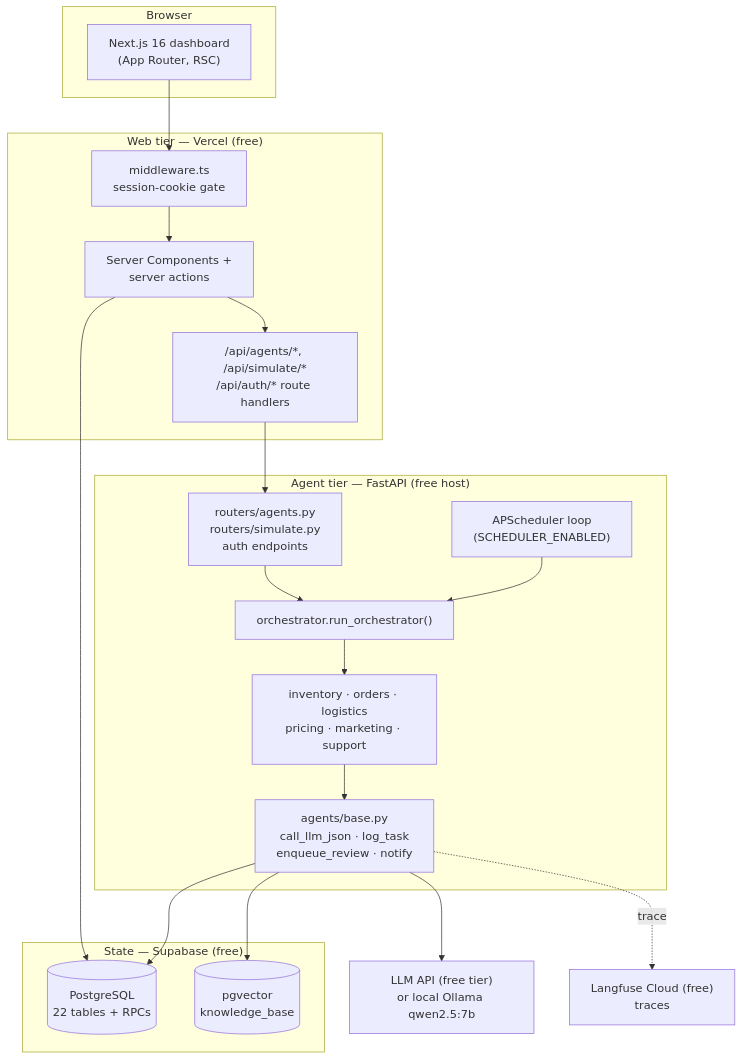
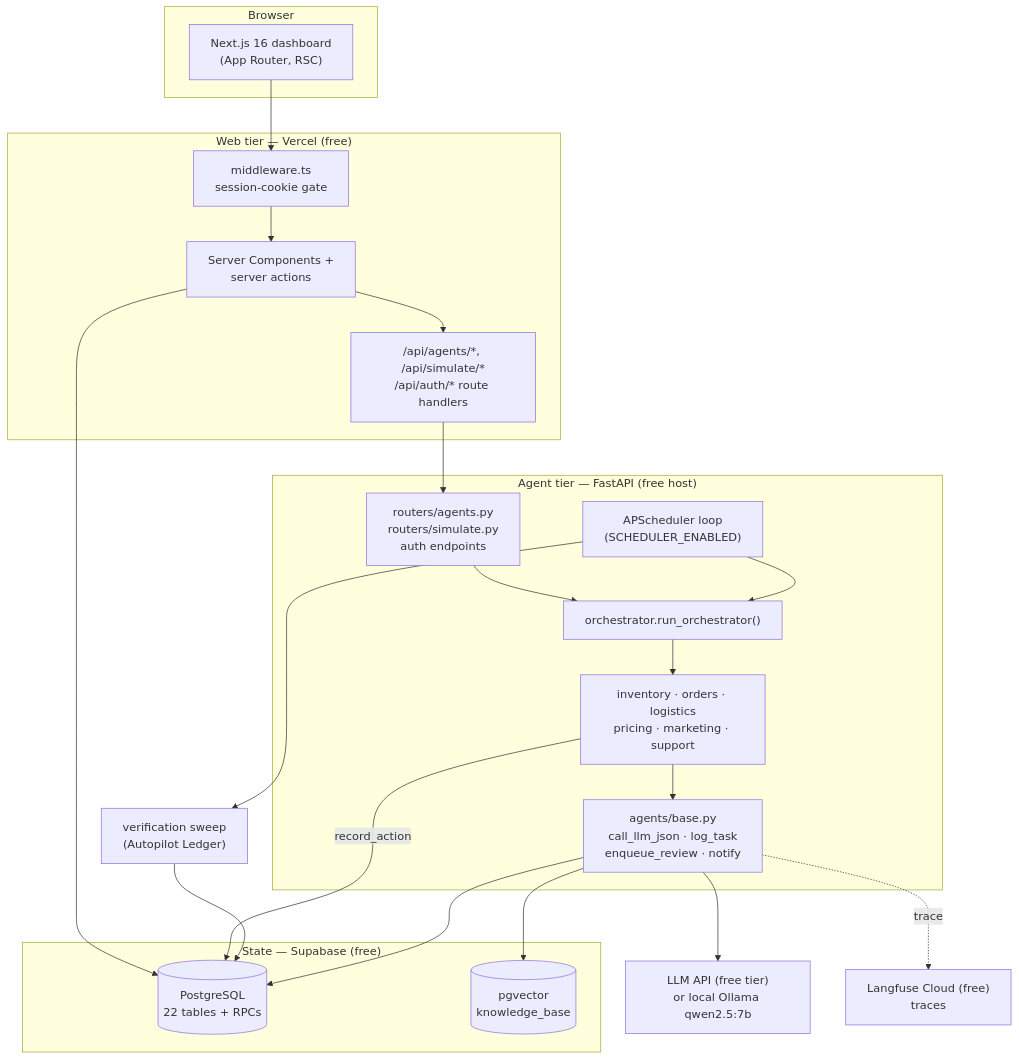
One commit to Bhautik-2004/TruCart changed the diagram in docs/architecture.md. Above: the diagram before and after it, drawn with Mermaid. The commit also changed other lines of this file and 37 other files, not shown here.

First line of the commit message:
feat: Implement Autopilot Ledger for decision capture and verification

````diff
--- a/docs/architecture.md
+++ b/docs/architecture.md
@@ -21,38 +21,41 @@
 ```mermaid
 flowchart TB
     subgraph client["Browser"]
         UI["Next.js 16 dashboard<br/>(App Router, RSC)"]
     end
 
     subgraph web["Web tier — Vercel (free)"]
         MW["middleware.ts<br/>session-cookie gate"]
         RSC["Server Components +<br/>server actions"]
         PROXY["/api/agents/*, /api/simulate/*<br/>/api/auth/* route handlers"]
     end
 
     subgraph api["Agent tier — FastAPI (free host)"]
         ROUTES["routers/agents.py<br/>routers/simulate.py<br/>auth endpoints"]
         ORCH["orchestrator.run_orchestrator()"]
         AGENTS["inventory · orders · logistics<br/>pricing · marketing · support"]
         SCHED["APScheduler loop<br/>(SCHEDULER_ENABLED)"]
         BASE["agents/base.py<br/>call_llm_json · log_task<br/>enqueue_review · notify"]
     end
 
     subgraph data["State — Supabase (free)"]
         PG[("PostgreSQL<br/>22 tables + RPCs")]
         VEC[("pgvector<br/>knowledge_base")]
     end
 
     LLM["LLM API (free tier)<br/>or local Ollama qwen2.5:7b"]
     LF["Langfuse Cloud (free)<br/>traces"]
 
     UI --> MW --> RSC --> PG
     RSC --> PROXY --> ROUTES
     ROUTES --> ORCH --> AGENTS
     SCHED --> ORCH
+    SCHED --> SWEEP["verification sweep<br/>(Autopilot Ledger)"]
     AGENTS --> BASE
+    AGENTS -->|record_action| PG
+    SWEEP --> PG
     BASE --> PG
     BASE --> VEC
     BASE --> LLM
     BASE -.trace.-> LF
 ```
````
